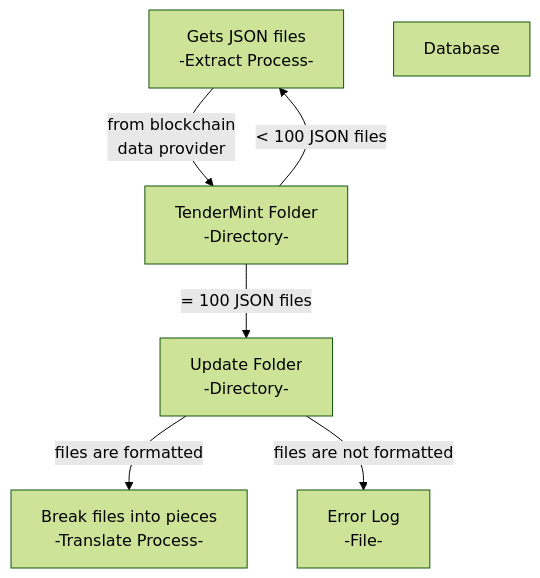
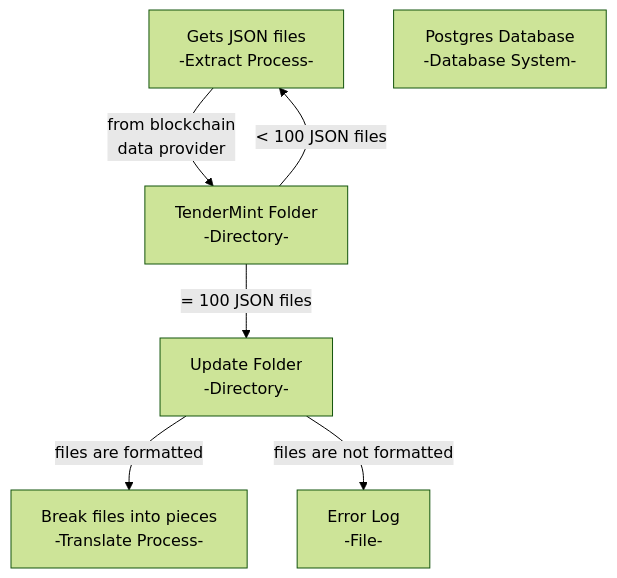
One commit to patmcfarland/one changed the diagram in README.md. Above: the diagram before and after it, drawn with Mermaid (forest theme).

````diff
--- a/README.md
+++ b/README.md
@@ -1,13 +1,13 @@
 ```mermaid
 flowchart TD
 A[Gets JSON files<br>-Extract Process-]
 A -- from blockchain<br>data provider --> B
 B[TenderMint Folder<br>-Directory-]
 B -- = 100 JSON files --> C[Update Folder<br>-Directory-]
 B -- < 100 JSON files --> A
 C -- files are formatted --> D
 D[Break files into pieces<br>-Translate Process-]
 C -- files are not formatted --> E
 E[Error Log<br>-File-]
-F[Database]
+F[Postgres Database<br>-Database System-]
 ```
````
